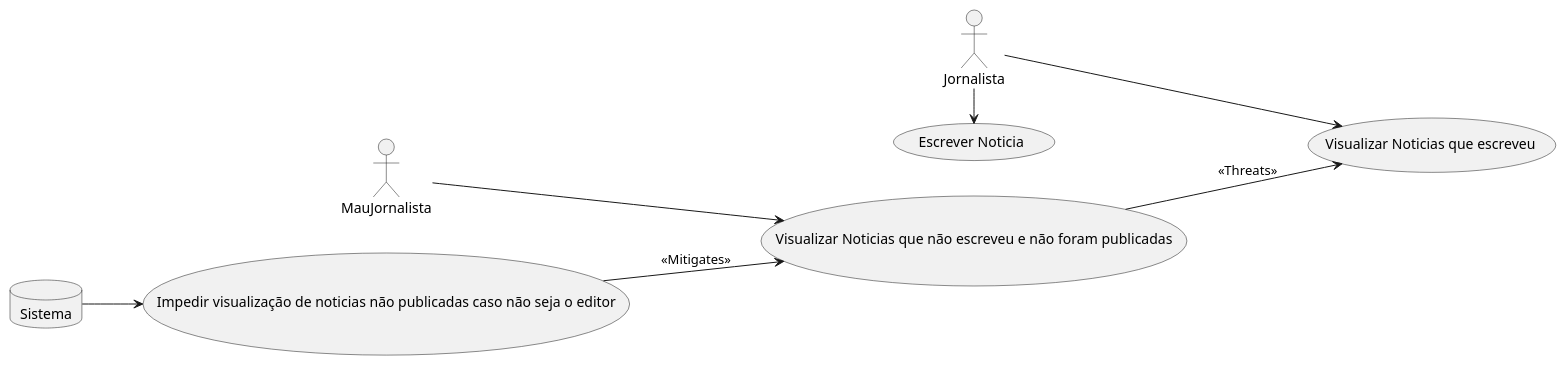
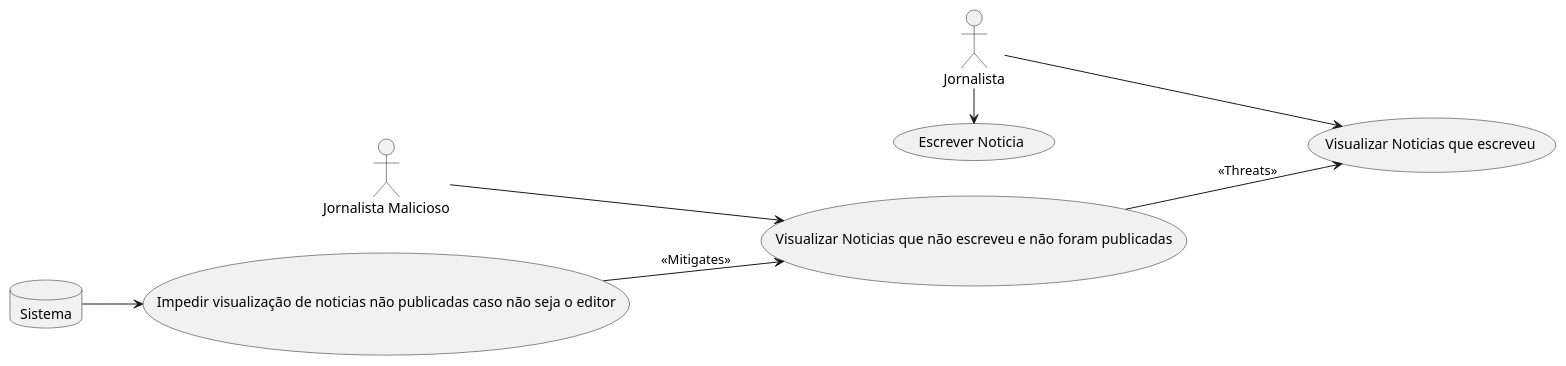
Before and after one commit to DESOFSM1A6/desofs2024_M1A_6: the diagram in diagram/UC/UC1/abuse.puml, drawn with PlantUML. The commit also changed 1 other file, not shown here.

```diff
--- a/diagram/UC/UC1/abuse.puml
+++ b/diagram/UC/UC1/abuse.puml
@@ -1,20 +1,20 @@
 @startuml UC1
 left to right direction
 
 actor Jornalista as "Jornalista"
-actor MaliciousUser as "MauJornalista"
+actor MaliciousUser as "Jornalista Malicioso"
 database SistemaA as "Sistema"
 
 usecase "Escrever Noticia" as UC1
 usecase "Visualizar Noticias que escreveu" as UC2
 Jornalista -> UC1
 Jornalista --> UC2
 
 usecase "Visualizar Noticias que não escreveu e não foram publicadas" as UC3
 MaliciousUser --> UC3
 UC3 --> UC2: <<Threats>>
 usecase "Impedir visualização de noticias não publicadas caso não seja o editor" as UC4
 SistemaA --> UC4
 UC4 --> UC3: <<Mitigates>>
 
 @enduml
```
